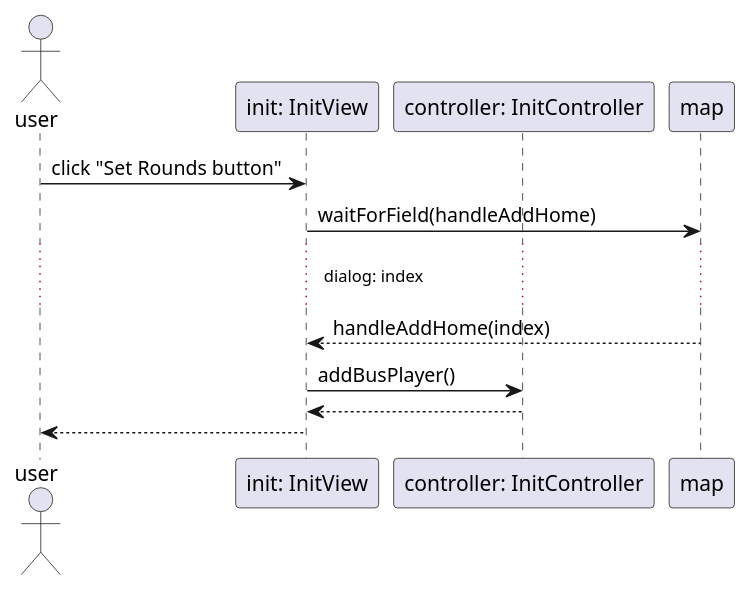
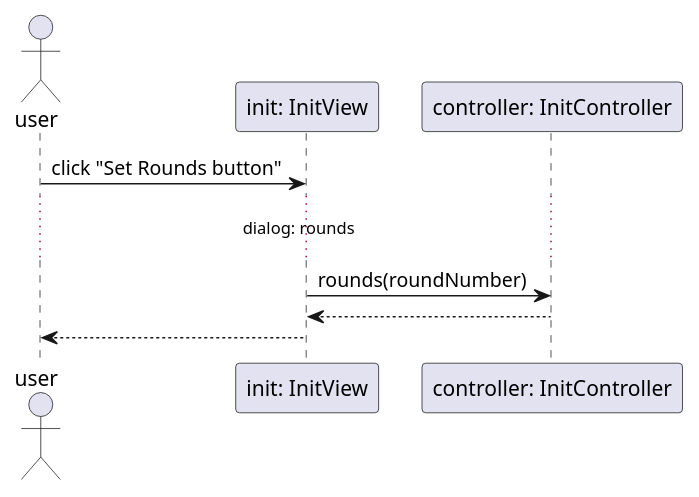
Before and after one commit to uhrinandor/spring: the diagram in docs/graphics/sequence/setRounds.plantuml, drawn with PlantUML. The commit also changed 6 other files, not shown here.

```diff
--- a/docs/graphics/sequence/setRounds.plantuml
+++ b/docs/graphics/sequence/setRounds.plantuml
@@ -1,17 +1,15 @@
 @startuml
 
 actor "user" as user
 participant "init: InitView" as init
 
 participant "controller: InitController" as controller
 
 
 user -> init: click "Set Rounds button"
-init -> map: waitForField(handleAddHome)
-   ... dialog: index...
-map --> init: handleAddHome(index)
-init -> controller: addBusPlayer()
+   ... dialog: rounds...
+init -> controller: rounds(roundNumber)
 controller --> init:
 init --> user:
 
 @enduml
```
